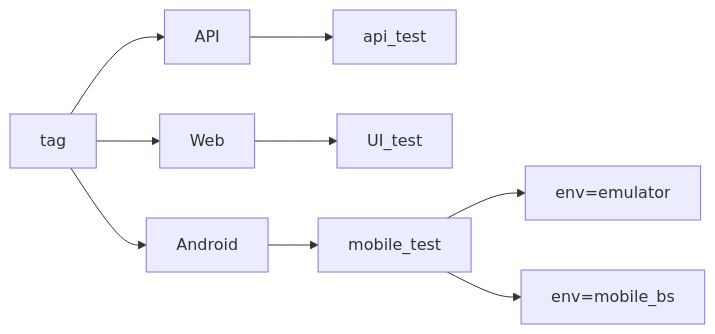
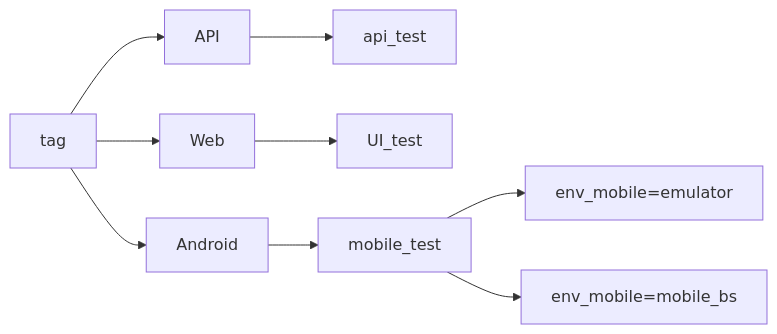
One commit to JennyNdbn/webinar-tests-final-project changed the diagram in README.md. Above: the diagram before and after it, drawn with Mermaid. The commit also changed other lines of this file and 6 other files, not shown here.

````diff
--- a/README.md
+++ b/README.md
@@ -166,11 +166,11 @@
 ```mermaid
 graph LR
 A[tag] --> B[API]
 A --> C[Web]
 A --> D[Android]
 B --> K[api_test]
 C --> E[UI_test]
 D --> G[mobile_test]
-G --> H[env=emulator]
-G --> F[env=mobile_bs]
+G --> H[env_mobile=emulator]
+G --> F[env_mobile=mobile_bs]
 ```
````
